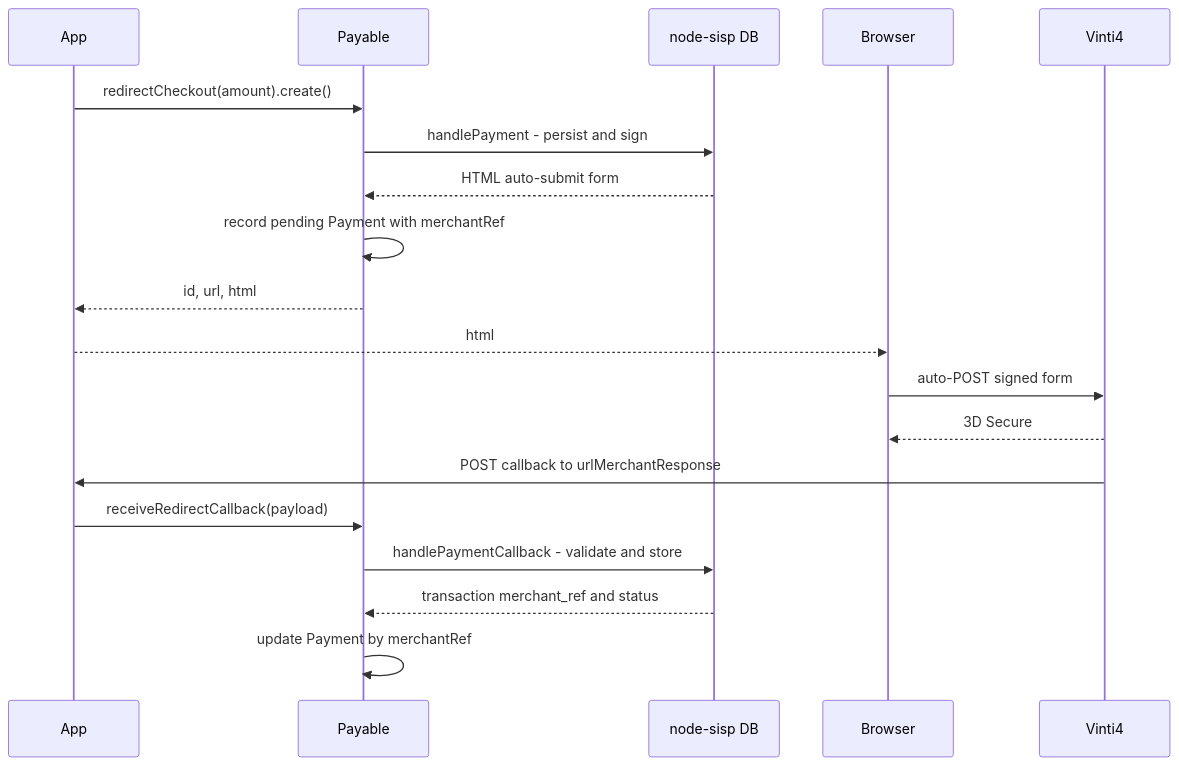
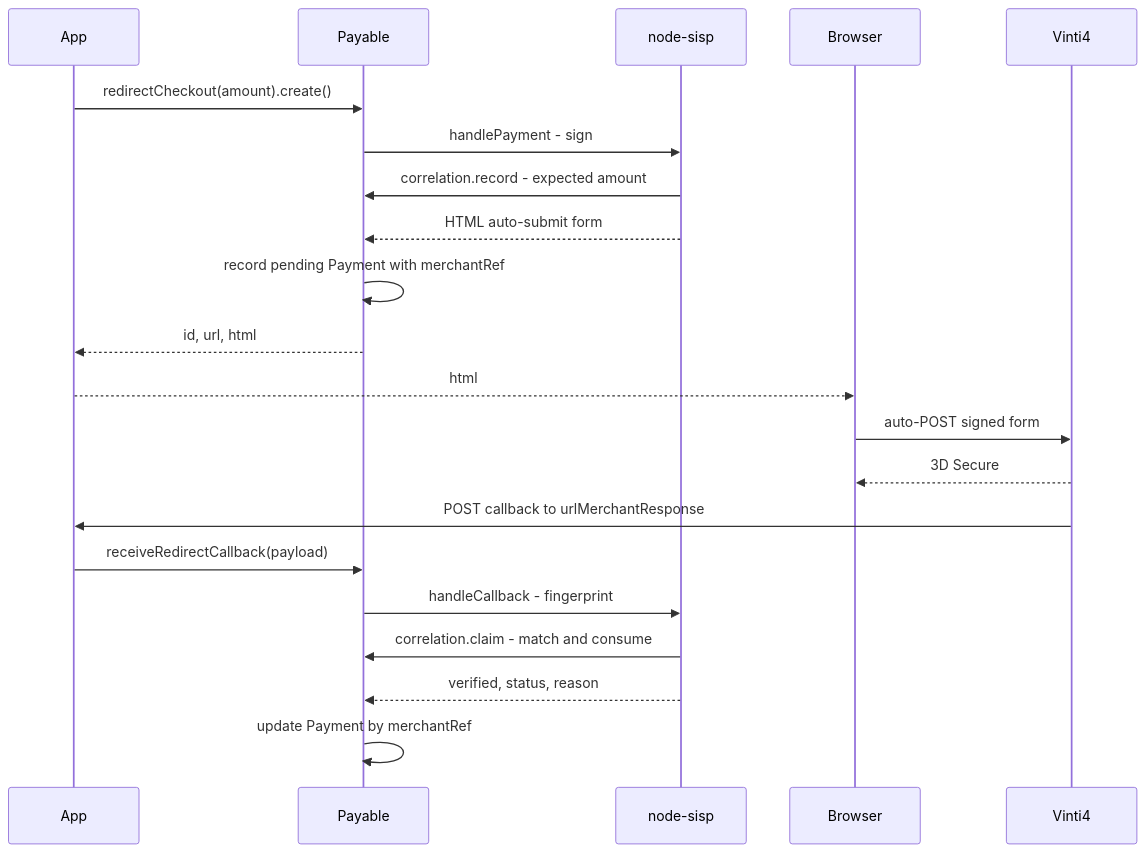
Before and after one commit to akira-io/payable: the diagram in docs/integrations/20-sisp.md, drawn with Mermaid. The commit also changed other lines of this file and 40 other files, not shown here.

````diff
--- a/docs/integrations/20-sisp.md
+++ b/docs/integrations/20-sisp.md
@@ -174,22 +225,24 @@
 ```mermaid
 sequenceDiagram
   participant App
   participant Payable
-  participant NodeSisp as node-sisp DB
+  participant NodeSisp as node-sisp
   participant Browser
   participant Vinti4
 
   App->>Payable: redirectCheckout(amount).create()
-  Payable->>NodeSisp: handlePayment - persist and sign
+  Payable->>NodeSisp: handlePayment - sign
+  NodeSisp->>Payable: correlation.record - expected amount
   NodeSisp-->>Payable: HTML auto-submit form
   Payable->>Payable: record pending Payment with merchantRef
   Payable-->>App: id, url, html
   App-->>Browser: html
   Browser->>Vinti4: auto-POST signed form
   Vinti4-->>Browser: 3D Secure
   Vinti4->>App: POST callback to urlMerchantResponse
   App->>Payable: receiveRedirectCallback(payload)
-  Payable->>NodeSisp: handlePaymentCallback - validate and store
-  NodeSisp-->>Payable: transaction merchant_ref and status
+  Payable->>NodeSisp: handleCallback - fingerprint
+  NodeSisp->>Payable: correlation.claim - match and consume
+  NodeSisp-->>Payable: verified, status, reason
   Payable->>Payable: update Payment by merchantRef
 ```
````
